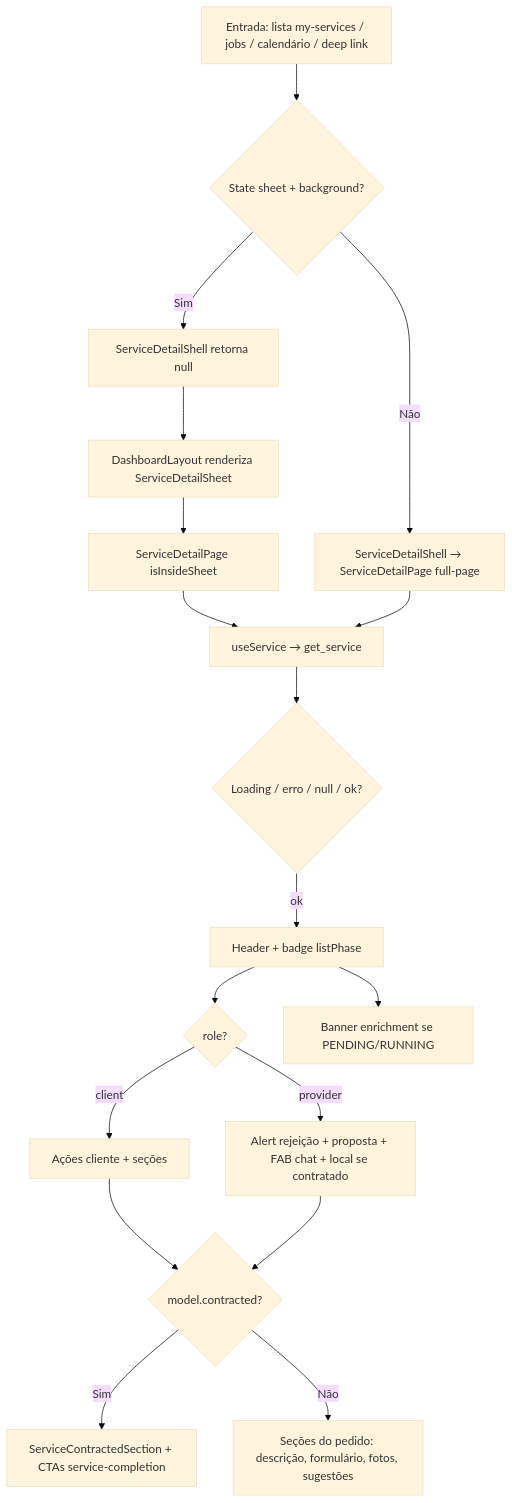
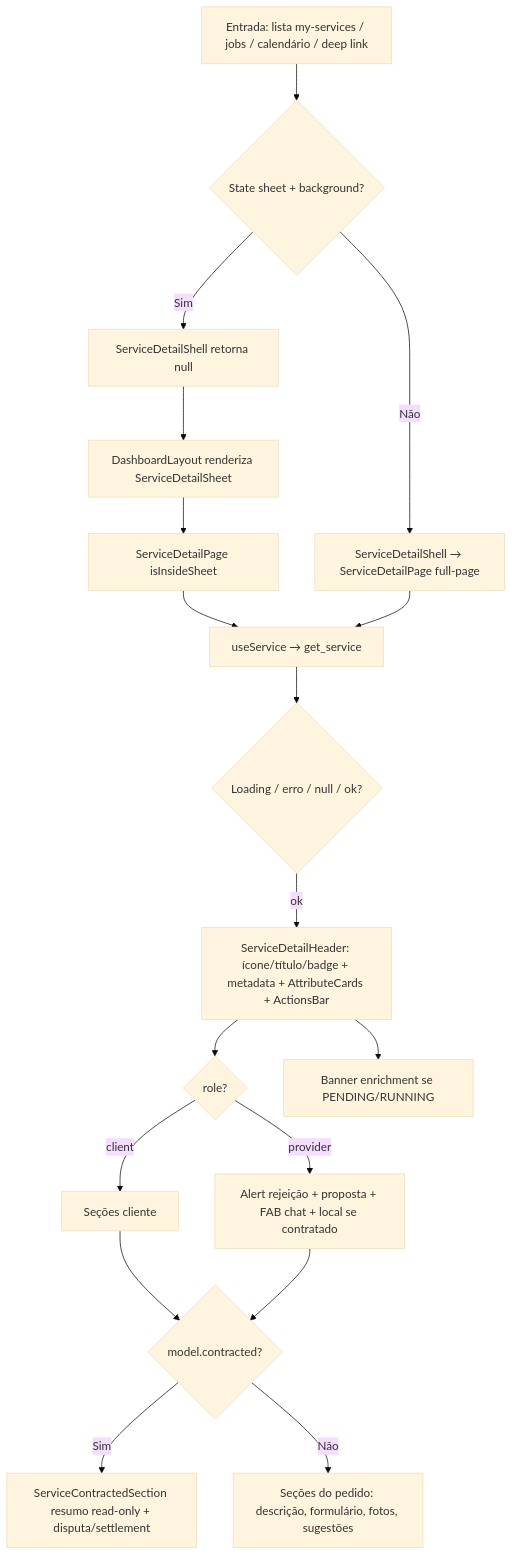
The diagram in docs/business/modulos/view-services/features/visualizacao-de-servicos.md (higorpo/renovi-orbit-test), drawn with Mermaid (base theme) before and after one commit. The commit also changed other lines of this file and 8 other files, not shown here.

````diff
--- a/docs/business/modulos/view-services/features/visualizacao-de-servicos.md
+++ b/docs/business/modulos/view-services/features/visualizacao-de-servicos.md
@@ -63,20 +63,20 @@
 ```mermaid
 flowchart TD
   A[Entrada: lista my-services / jobs / calendário / deep link] --> B{State sheet + background?}
   B -->|Sim| C[ServiceDetailShell retorna null]
   C --> D[DashboardLayout renderiza ServiceDetailSheet]
   D --> E[ServiceDetailPage isInsideSheet]
   B -->|Não| F[ServiceDetailShell → ServiceDetailPage full-page]
   E --> G[useService → get_service]
   F --> G
   G --> H{Loading / erro / null / ok?}
-  H -->|ok| I[Header + badge listPhase]
+  H -->|ok| I[ServiceDetailHeader: ícone/título/badge + metadata + AttributeCards + ActionsBar]
   I --> J{role?}
-  J -->|client| K[Ações cliente + seções]
+  J -->|client| K[Seções cliente]
   J -->|provider| L[Alert rejeição + proposta + FAB chat + local se contratado]
   K --> M{model.contracted?}
   L --> M
-  M -->|Sim| N[ServiceContractedSection + CTAs service-completion]
+  M -->|Sim| N[ServiceContractedSection resumo read-only + disputa/settlement]
   M -->|Não| O[Seções do pedido: descrição, formulário, fotos, sugestões]
   I --> ENR[Banner enrichment se PENDING/RUNNING]
 ```
````
